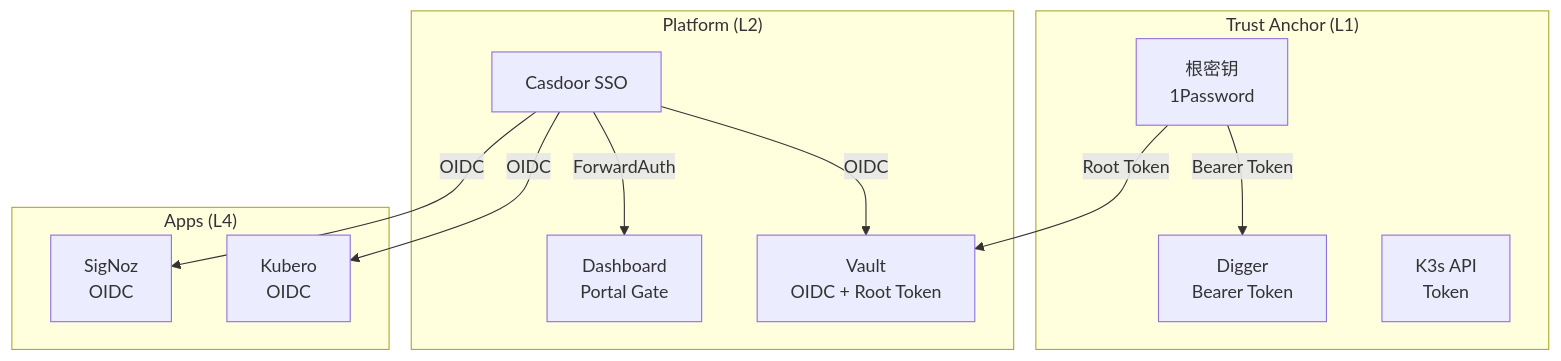
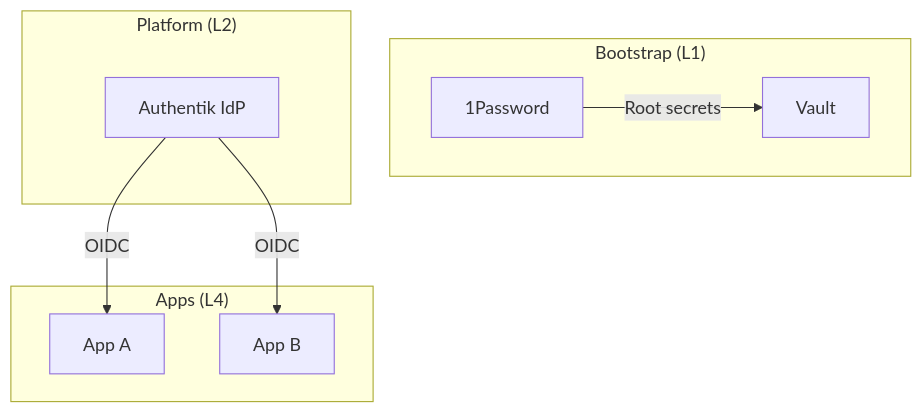
The diagram in docs/ssot/platform.sso.md (wangzitian0/infra2), drawn with Mermaid before and after one commit. The commit also changed other lines of this file and 59 other files, not shown here.

````diff
--- a/docs/ssot/platform.sso.md
+++ b/docs/ssot/platform.sso.md
@@ -30,27 +22,20 @@
 ```mermaid
 graph TD
-    subgraph "Trust Anchor (L1)"
-        ROOT[根密钥<br/>1Password]
-        B_DIGGER[Digger<br/>Bearer Token]
-        B_K3S[K3s API<br/>Token]
+    subgraph "Bootstrap (L1)"
+        OP[1Password]
+        VAULT[Vault]
     end
 
     subgraph "Platform (L2)"
-        SSO[Casdoor SSO]
-        VAULT[Vault<br/>OIDC + Root Token]
-        DASH[Dashboard<br/>Portal Gate]
+        SSO[Authentik IdP]
     end
 
     subgraph "Apps (L4)"
-        KUBERO[Kubero<br/>OIDC]
-        SIGNOZ[SigNoz<br/>OIDC]
+        APP1[App A]
+        APP2[App B]
     end
 
-    ROOT -->|Bearer Token| B_DIGGER
-    ROOT -->|Root Token| VAULT
-    
-    SSO -->|OIDC| VAULT
-    SSO -->|ForwardAuth| DASH
-    SSO -->|OIDC| KUBERO
-    SSO -->|OIDC| SIGNOZ
+    OP -->|Root secrets| VAULT
+    SSO -->|OIDC| APP1
+    SSO -->|OIDC| APP2
 ```
````
